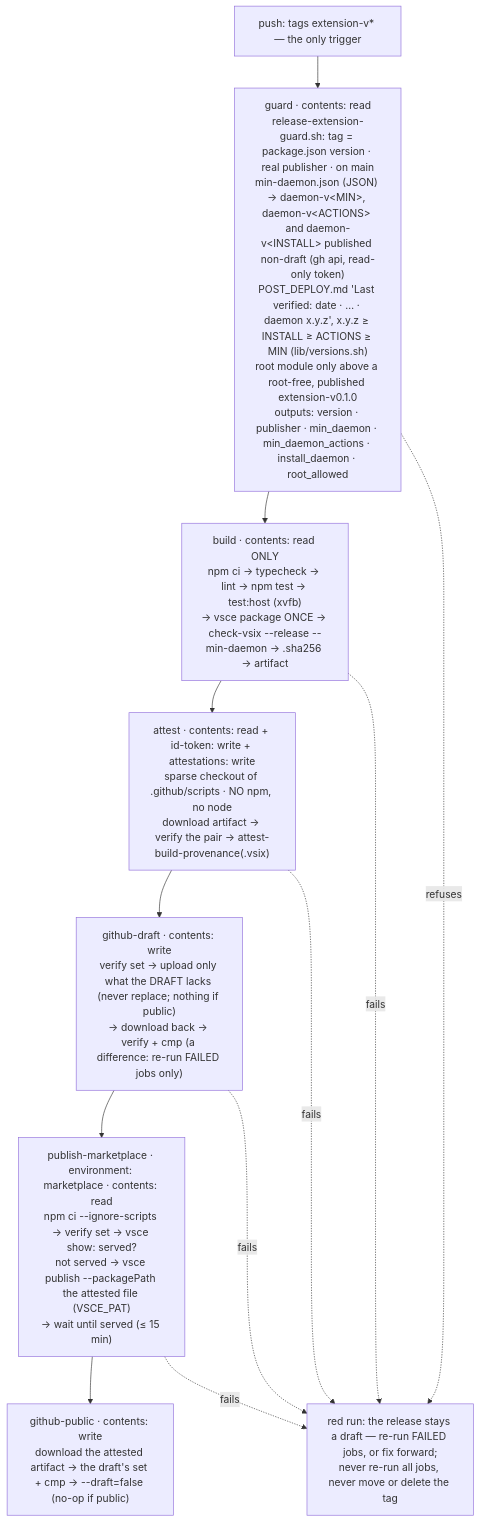
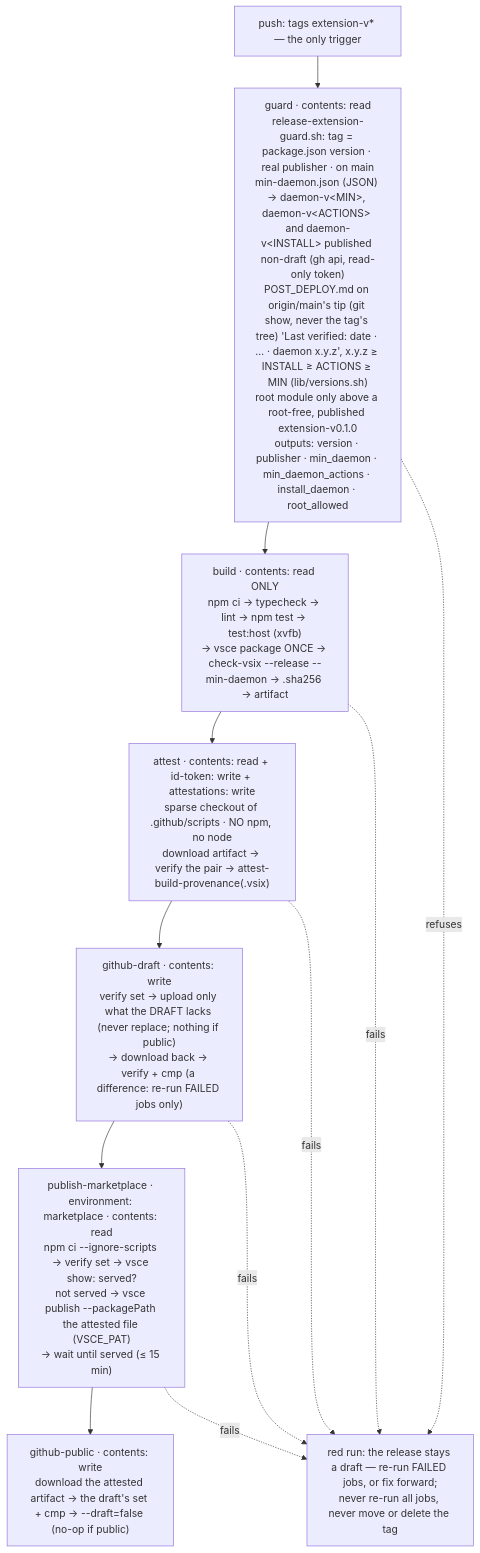
One commit to oleksandrdubyna88/wsl_care changed diagram 21 of 30 in research/architecture.md. Above: the diagram before and after it, drawn with Mermaid. The commit also changed 5 other files, not shown here.

First line of the commit message:
ci(release): the extension guard reads the POST_DEPLOY stamp from main's tip

````diff
--- a/research/architecture.md
+++ b/research/architecture.md
@@ -2107,17 +2107,17 @@
 ```mermaid
 flowchart TD
     tag["push: tags extension-v* — the only trigger"]
-    guard["guard · contents: read<br/>release-extension-guard.sh: tag = package.json version · real publisher · on main<br/>min-daemon.json (JSON) → daemon-v&lt;MIN&gt;, daemon-v&lt;ACTIONS&gt; and daemon-v&lt;INSTALL&gt; published non-draft (gh api, read-only token)<br/>POST_DEPLOY.md 'Last verified: date · … · daemon x.y.z', x.y.z ≥ INSTALL ≥ ACTIONS ≥ MIN (lib/versions.sh)<br/>root module only above a root-free, published extension-v0.1.0<br/>outputs: version · publisher · min_daemon · min_daemon_actions · install_daemon · root_allowed"]
+    guard["guard · contents: read<br/>release-extension-guard.sh: tag = package.json version · real publisher · on main<br/>min-daemon.json (JSON) → daemon-v&lt;MIN&gt;, daemon-v&lt;ACTIONS&gt; and daemon-v&lt;INSTALL&gt; published non-draft (gh api, read-only token)<br/>POST_DEPLOY.md on origin/main's tip (git show, never the tag's tree) 'Last verified: date · … · daemon x.y.z', x.y.z ≥ INSTALL ≥ ACTIONS ≥ MIN (lib/versions.sh)<br/>root module only above a root-free, published extension-v0.1.0<br/>outputs: version · publisher · min_daemon · min_daemon_actions · install_daemon · root_allowed"]
     build["build · contents: read ONLY<br/>npm ci → typecheck → lint → npm test → test:host (xvfb)<br/>→ vsce package ONCE → check-vsix --release --min-daemon → .sha256 → artifact"]
     attest["attest · contents: read + id-token: write + attestations: write<br/>sparse checkout of .github/scripts · NO npm, no node<br/>download artifact → verify the pair → attest-build-provenance(.vsix)"]
     draft["github-draft · contents: write<br/>verify set → upload only what the DRAFT lacks (never replace; nothing if public)<br/>→ download back → verify + cmp (a difference: re-run FAILED jobs only)"]
     mkt["publish-marketplace · environment: marketplace · contents: read<br/>npm ci --ignore-scripts → verify set → vsce show: served?<br/>not served → vsce publish --packagePath the attested file (VSCE_PAT)<br/>→ wait until served (≤ 15 min)"]
     pub["github-public · contents: write<br/>download the attested artifact → the draft's set + cmp → --draft=false (no-op if public)"]
     stop["red run: the release stays a draft — re-run FAILED jobs, or fix forward;<br/>never re-run all jobs, never move or delete the tag"]
     tag --> guard --> build --> attest --> draft --> mkt --> pub
     guard -. refuses .-> stop
     build -. fails .-> stop
     attest -. fails .-> stop
     draft -. fails .-> stop
     mkt -. fails .-> stop
 ```
````
